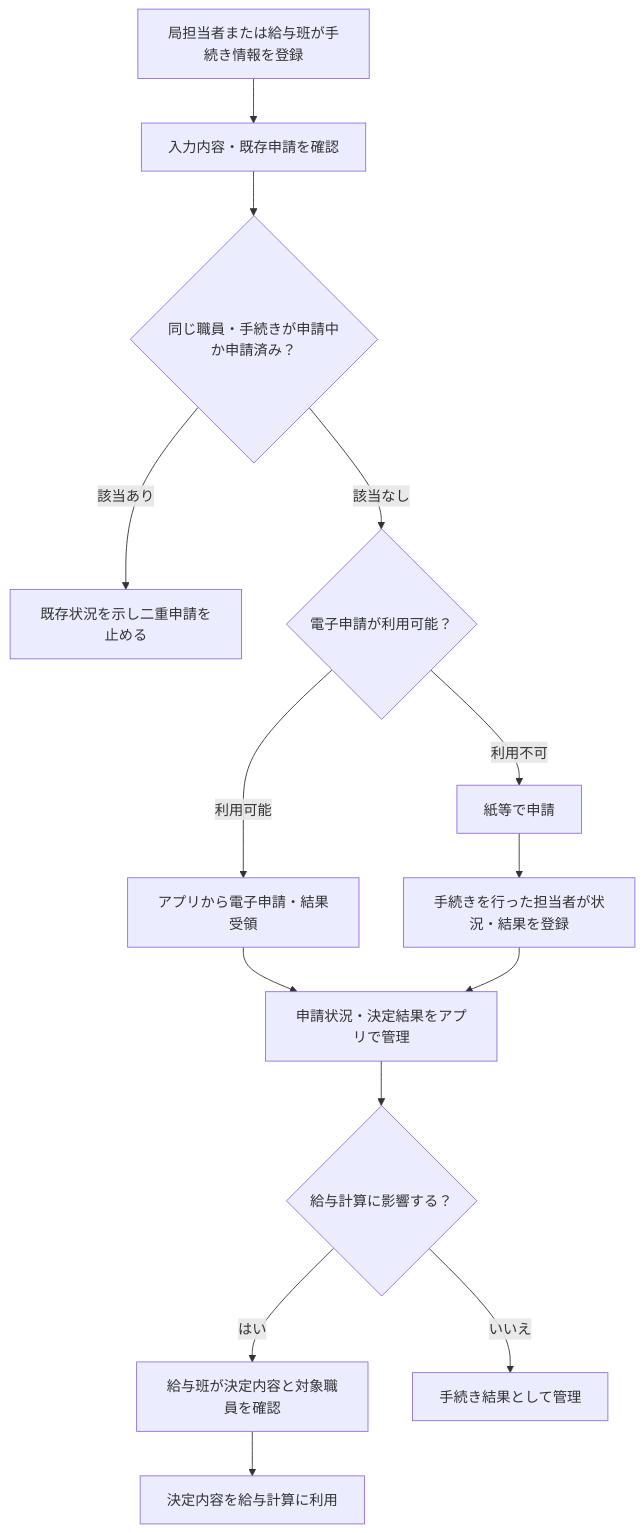
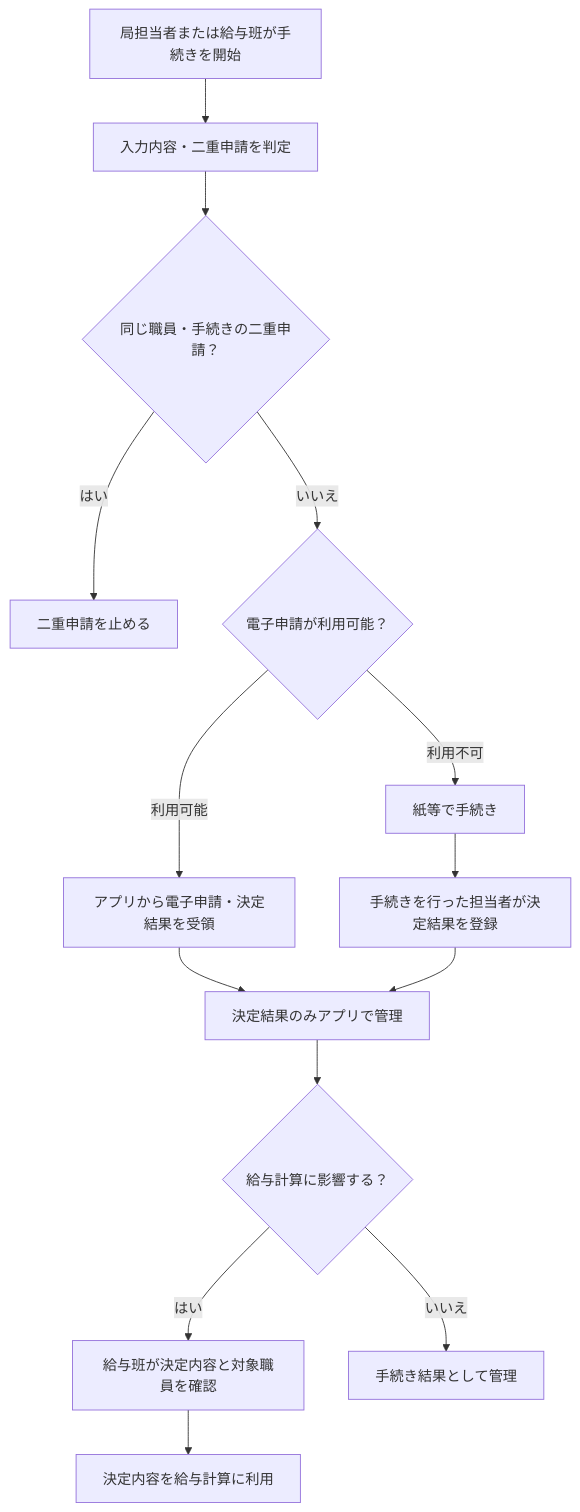
One commit to hirokazu601218/PowerAppsCanvasAppUI changed the fourth of 4 diagrams in docs/requirements/business-requirements.md. Above: the diagram before and after it, drawn with Mermaid. The commit also changed other lines of this file and 2 other files, not shown here.

````diff
--- a/docs/requirements/business-requirements.md
+++ b/docs/requirements/business-requirements.md
@@ -211,14 +211,14 @@
 ```mermaid
 flowchart TB
-    S["局担当者または給与班が手続き情報を登録"] --> V["入力内容・既存申請を確認"]
-    V --> J{"同じ職員・手続きが申請中か申請済み？"}
-    J -->|"該当あり"| Q["既存状況を示し二重申請を止める"]
-    J -->|"該当なし"| M{"電子申請が利用可能？"}
-    M -->|"利用可能"| E["アプリから電子申請・結果受領"] --> X["申請状況・決定結果をアプリで管理"]
-    M -->|"利用不可"| A["紙等で申請"] --> R["手続きを行った担当者が状況・結果を登録"]
+    S["局担当者または給与班が手続きを開始"] --> V["入力内容・二重申請を判定"]
+    V --> J{"同じ職員・手続きの二重申請？"}
+    J -->|"はい"| Q["二重申請を止める"]
+    J -->|"いいえ"| M{"電子申請が利用可能？"}
+    M -->|"利用可能"| E["アプリから電子申請・決定結果を受領"] --> X["決定結果のみアプリで管理"]
+    M -->|"利用不可"| A["紙等で手続き"] --> R["手続きを行った担当者が決定結果を登録"]
     R --> X
     X --> H{"給与計算に影響する？"}
     H -->|"はい"| K["給与班が決定内容と対象職員を確認"]
     K --> P["決定内容を給与計算に利用"]
     H -->|"いいえ"| O["手続き結果として管理"]
 ```
````
